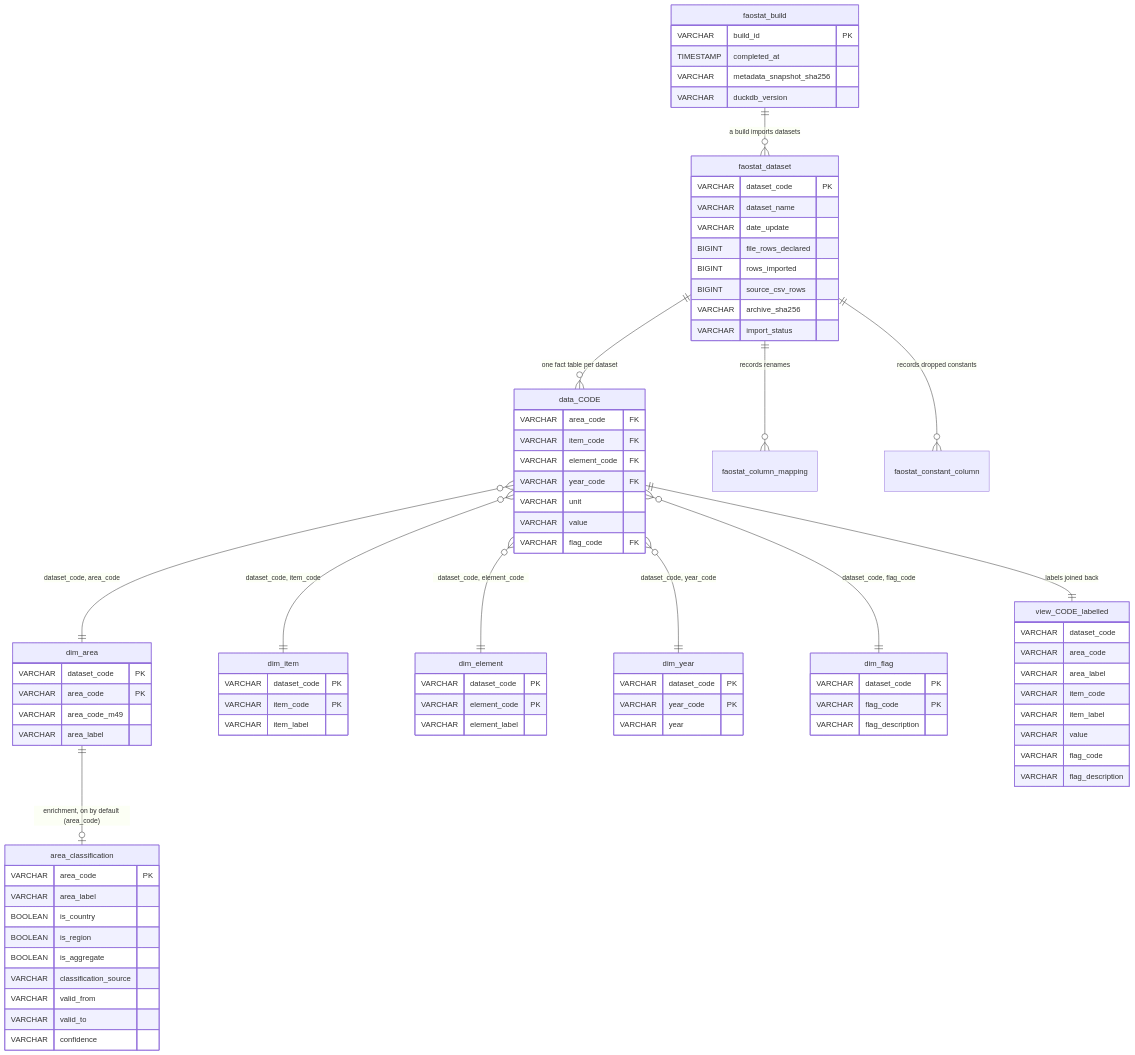
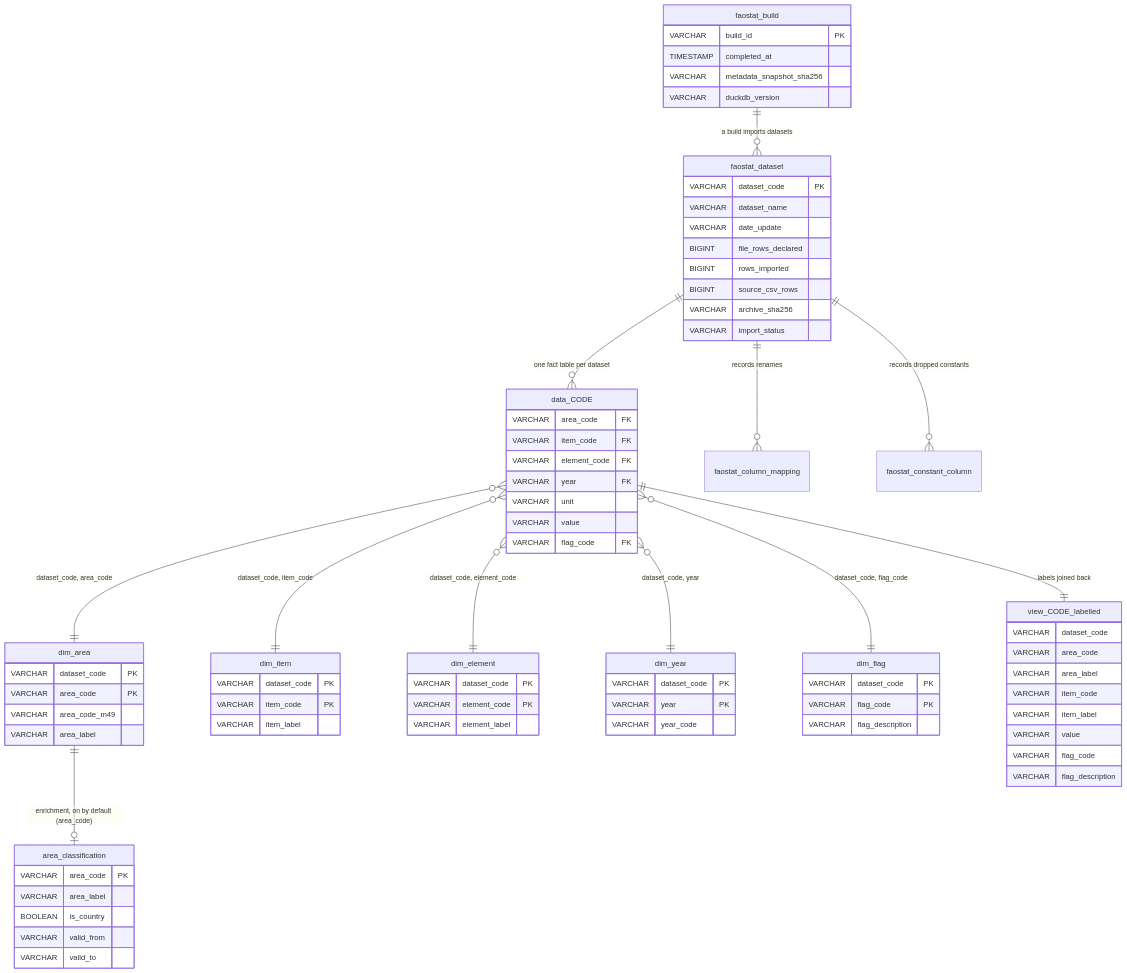
Before and after one commit to clara-roch/faostat-in-duckdb: the diagram in docs/schema.qmd, drawn with Mermaid. The commit also changed other lines of this file and 12 other files, not shown here.

````diff
--- a/docs/schema.qmd
+++ b/docs/schema.qmd
@@ -40,7 +40,7 @@
     data_CODE }o--|| dim_area : "dataset_code, area_code"
     data_CODE }o--|| dim_item : "dataset_code, item_code"
     data_CODE }o--|| dim_element : "dataset_code, element_code"
-    data_CODE }o--|| dim_year : "dataset_code, year_code"
+    data_CODE }o--|| dim_year : "dataset_code, year"
     data_CODE }o--|| dim_flag : "dataset_code, flag_code"
     data_CODE ||--|| view_CODE_labelled : "labels joined back"
     dim_area ||--o| area_classification : "enrichment, on by default (area_code)"
@@ -65,7 +65,7 @@
         VARCHAR area_code FK
         VARCHAR item_code FK
         VARCHAR element_code FK
-        VARCHAR year_code FK
+        VARCHAR year FK
         VARCHAR unit
         VARCHAR value
         VARCHAR flag_code FK
@@ -88,8 +88,8 @@
     }
     dim_year {
         VARCHAR dataset_code PK
-        VARCHAR year_code PK
-        VARCHAR year
+        VARCHAR year PK
+        VARCHAR year_code
     }
     dim_flag {
         VARCHAR dataset_code PK
@@ -110,11 +110,7 @@
         VARCHAR area_code PK
         VARCHAR area_label
         BOOLEAN is_country
-        BOOLEAN is_region
-        BOOLEAN is_aggregate
-        VARCHAR classification_source
         VARCHAR valid_from
         VARCHAR valid_to
-        VARCHAR confidence
     }
 ```
````
